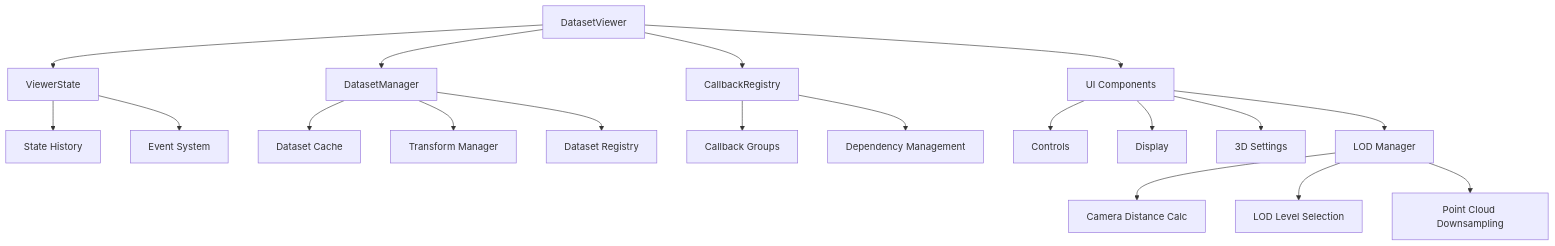
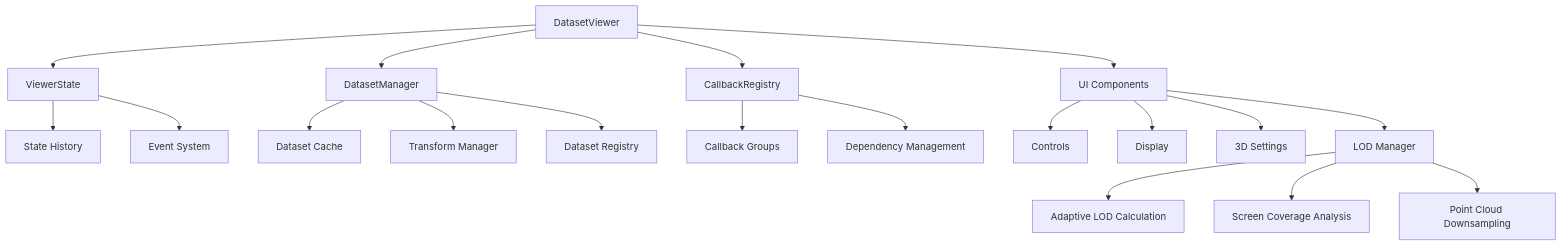
Before and after one commit to danielmao2019/Pylon: the first of 4 diagrams in docs/data/viewer/architecture.md, drawn with Mermaid. The commit also changed other lines of this file and 4 other files, not shown here.

````diff
--- a/docs/data/viewer/architecture.md
+++ b/docs/data/viewer/architecture.md
@@ -9,26 +9,26 @@
 ```mermaid
 graph TD
     A[DatasetViewer] --> B[ViewerState]
     A --> C[DatasetManager]
     A --> D[CallbackRegistry]
     A --> E[UI Components]
 
     B --> F[State History]
     B --> G[Event System]
 
     C --> H[Dataset Cache]
     C --> I[Transform Manager]
     C --> J[Dataset Registry]
 
     D --> K[Callback Groups]
     D --> L[Dependency Management]
 
     E --> M[Controls]
     E --> N[Display]
     E --> O[3D Settings]
     E --> P[LOD Manager]
     
-    P --> Q[Camera Distance Calc]
-    P --> R[LOD Level Selection]
+    P --> Q[Adaptive LOD Calculation]
+    P --> R[Screen Coverage Analysis]
     P --> S[Point Cloud Downsampling]
 ```
````
